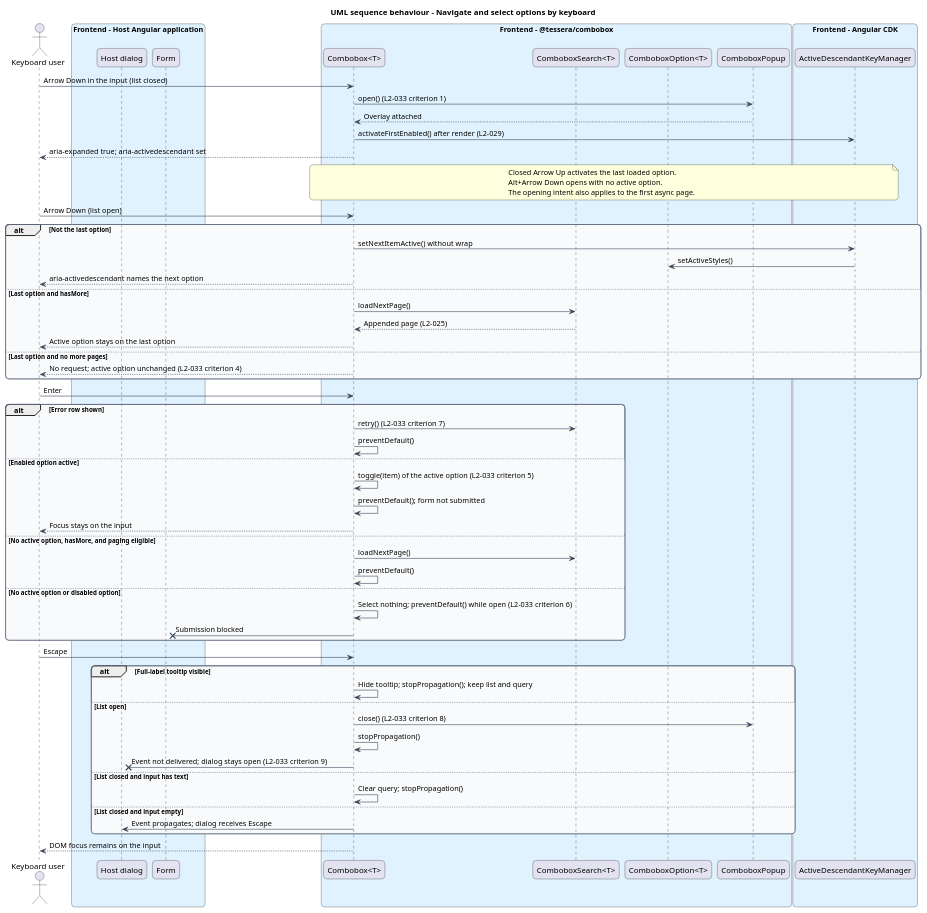
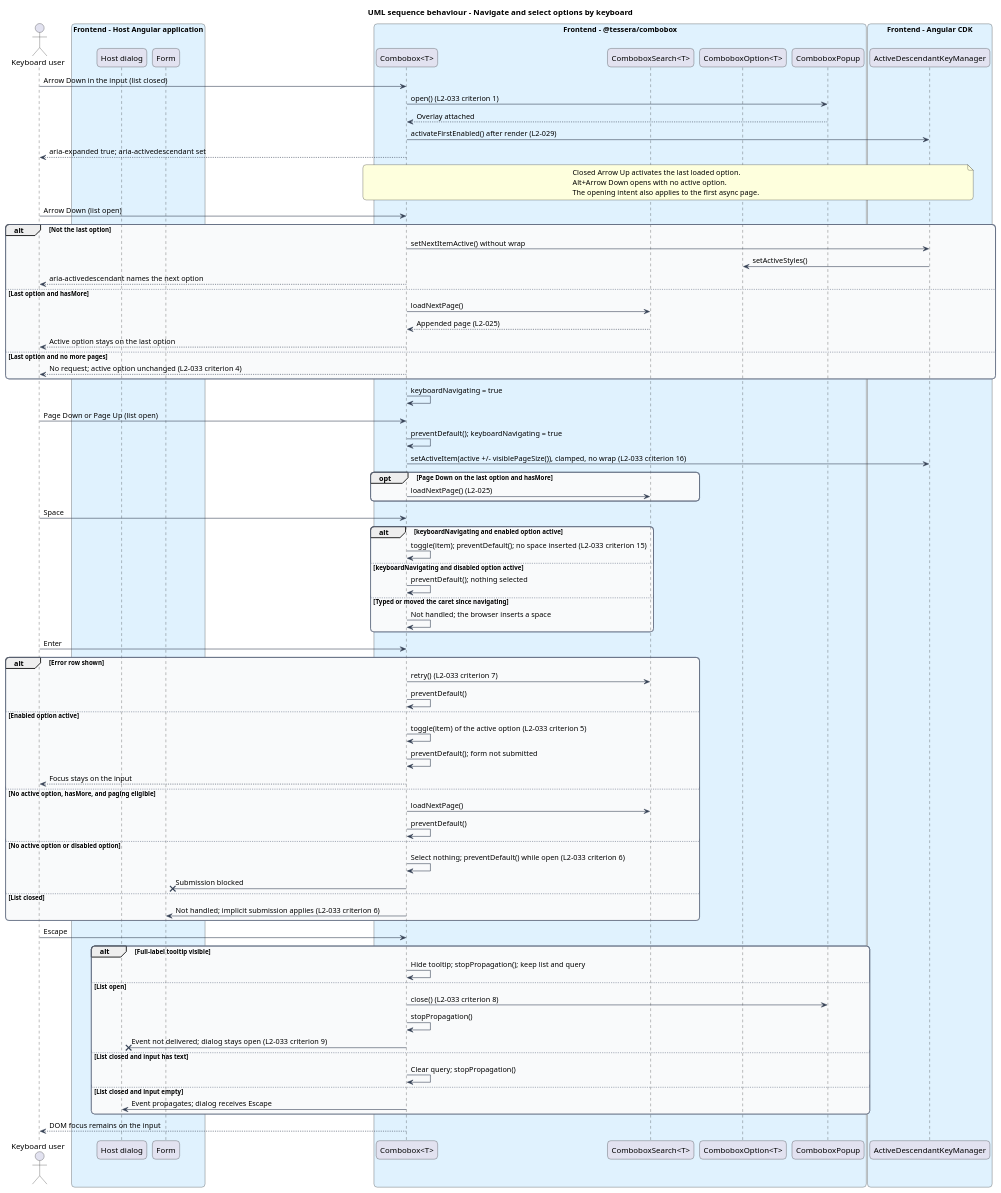
Before and after one commit to QuinntyneBrown/Tessera: the diagram in docs/detailed-designs/combobox/operate-by-keyboard/diagrams/sequence-navigate-options.puml, drawn with PlantUML. The commit also changed 26 other files, not shown here.

First line of the commit message:
docs: align combobox designs with popover, keyboard and token changes

```diff
--- a/docs/detailed-designs/combobox/operate-by-keyboard/diagrams/sequence-navigate-options.puml
+++ b/docs/detailed-designs/combobox/operate-by-keyboard/diagrams/sequence-navigate-options.puml
@@ -1,86 +1,105 @@
 @startuml
 title UML sequence behaviour - Navigate and select options by keyboard
 skinparam backgroundColor #FFFFFF
 skinparam shadowing false
 skinparam roundcorner 12
 skinparam defaultFontName Arial
 skinparam ArrowColor #344054
 skinparam rectangle {
   BorderColor #344054
   FontColor #101828
 }
 skinparam package {
   BorderColor #667085
   FontColor #101828
   BackgroundColor #F9FAFB
 }
 actor "Keyboard user" as user
 box "Frontend - Host Angular application" #E0F2FE
   participant "Host dialog" as dialog
   participant "Form" as form
 end box
 box "Frontend - @tessera/combobox" #E0F2FE
   participant "Combobox<T>" as combobox
   participant "ComboboxSearch<T>" as search
   participant "ComboboxOption<T>" as option
   participant "ComboboxPopup" as popup
 end box
 box "Frontend - Angular CDK" #E0F2FE
   participant "ActiveDescendantKeyManager" as manager
 end box
 
 user -> combobox : Arrow Down in the input (list closed)
 combobox -> popup : open() (L2-033 criterion 1)
 popup --> combobox : Overlay attached
 combobox -> manager : activateFirstEnabled() after render (L2-029)
 combobox --> user : aria-expanded true; aria-activedescendant set
 
 note over combobox, manager
   Closed Arrow Up activates the last loaded option.
   Alt+Arrow Down opens with no active option.
   The opening intent also applies to the first async page.
 end note
 
 user -> combobox : Arrow Down (list open)
 alt Not the last option
   combobox -> manager : setNextItemActive() without wrap
   manager -> option : setActiveStyles()
   combobox --> user : aria-activedescendant names the next option
 else Last option and hasMore
   combobox -> search : loadNextPage()
   search --> combobox : Appended page (L2-025)
   combobox --> user : Active option stays on the last option
 else Last option and no more pages
   combobox --> user : No request; active option unchanged (L2-033 criterion 4)
 end
+combobox -> combobox : keyboardNavigating = true
+
+user -> combobox : Page Down or Page Up (list open)
+combobox -> combobox : preventDefault(); keyboardNavigating = true
+combobox -> manager : setActiveItem(active +/- visiblePageSize()), clamped, no wrap (L2-033 criterion 16)
+opt Page Down on the last option and hasMore
+  combobox -> search : loadNextPage() (L2-025)
+end
+
+user -> combobox : Space
+alt keyboardNavigating and enabled option active
+  combobox -> combobox : toggle(item); preventDefault(); no space inserted (L2-033 criterion 15)
+else keyboardNavigating and disabled option active
+  combobox -> combobox : preventDefault(); nothing selected
+else Typed or moved the caret since navigating
+  combobox -> combobox : Not handled; the browser inserts a space
+end
 
 user -> combobox : Enter
 alt Error row shown
   combobox -> search : retry() (L2-033 criterion 7)
   combobox -> combobox : preventDefault()
 else Enabled option active
   combobox -> combobox : toggle(item) of the active option (L2-033 criterion 5)
   combobox -> combobox : preventDefault(); form not submitted
   combobox --> user : Focus stays on the input
 else No active option, hasMore, and paging eligible
   combobox -> search : loadNextPage()
   combobox -> combobox : preventDefault()
 else No active option or disabled option
   combobox -> combobox : Select nothing; preventDefault() while open (L2-033 criterion 6)
   combobox -x form : Submission blocked
+else List closed
+  combobox -> form : Not handled; implicit submission applies (L2-033 criterion 6)
 end
 
 user -> combobox : Escape
 alt Full-label tooltip visible
   combobox -> combobox : Hide tooltip; stopPropagation(); keep list and query
 else List open
   combobox -> popup : close() (L2-033 criterion 8)
   combobox -> combobox : stopPropagation()
   combobox -x dialog : Event not delivered; dialog stays open (L2-033 criterion 9)
 else List closed and input has text
   combobox -> combobox : Clear query; stopPropagation()
 else List closed and input empty
   combobox -> dialog : Event propagates; dialog receives Escape
 end
 combobox --> user : DOM focus remains on the input
 @enduml
```
